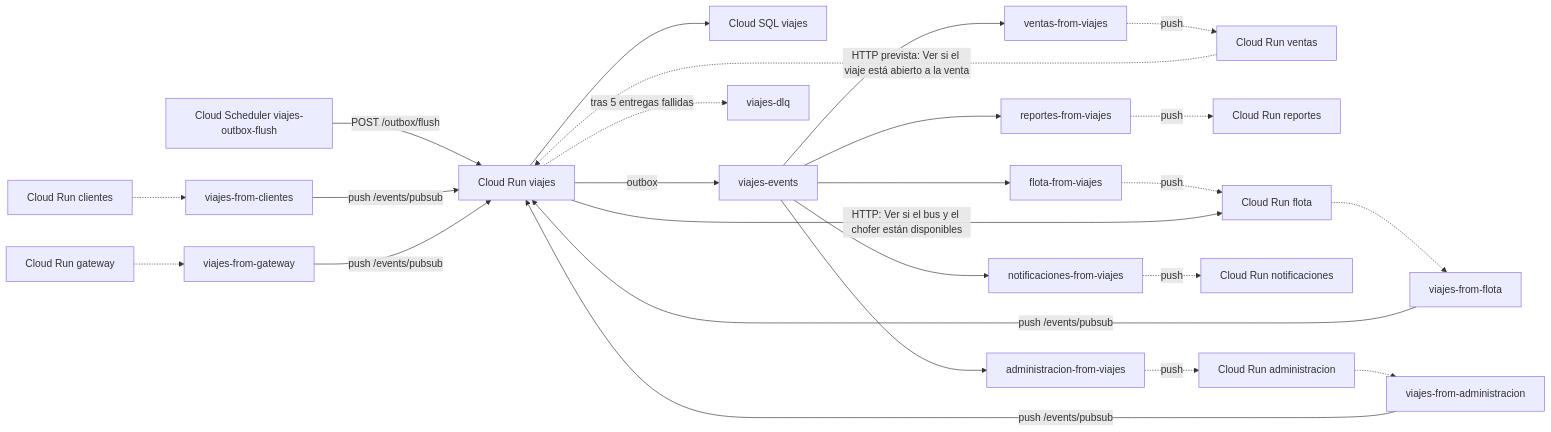
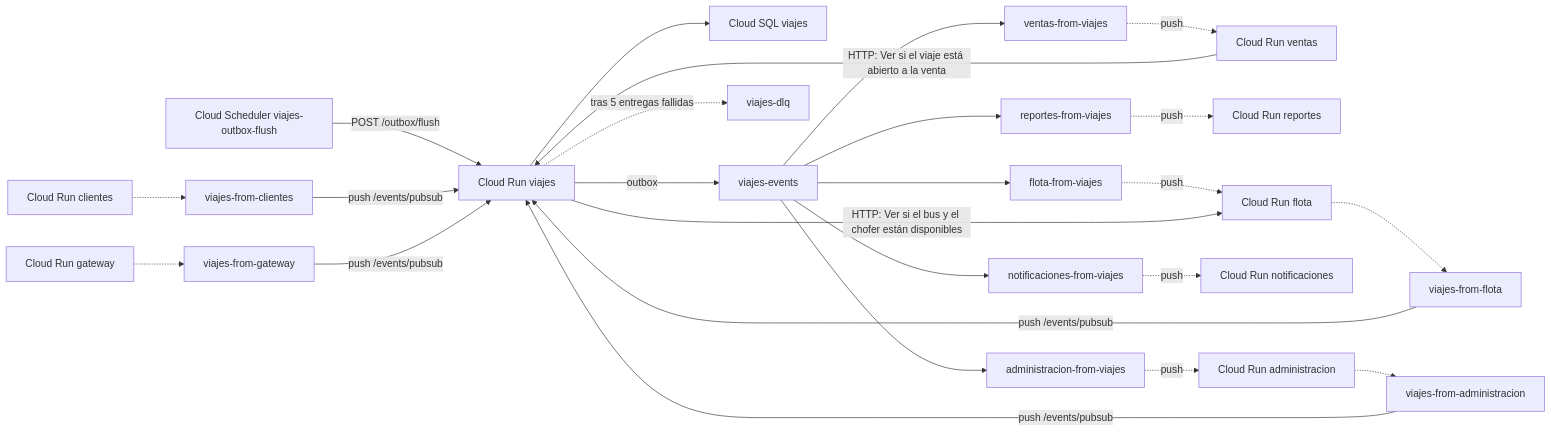
Before and after one commit to JeffMenca/debus: the third of 3 diagrams in docs/viajes/README.md, drawn with Mermaid. The commit also changed other lines of this file and 7 other files, not shown here.

````diff
--- a/docs/viajes/README.md
+++ b/docs/viajes/README.md
@@ -177,27 +177,27 @@
 ```mermaid
 flowchart LR
   n_viajes["Cloud Run viajes"] --> n_db_viajes["Cloud SQL viajes"]
   n_job_viajes["Cloud Scheduler viajes-outbox-flush"] -->|POST /outbox/flush| n_viajes
   n_viajes -->|outbox| n_topic_viajes["viajes-events"]
   n_topic_viajes --> n_ventas_from_viajes["ventas-from-viajes"]
   n_ventas_from_viajes -.->|push| n_ventas["Cloud Run ventas"]
   n_topic_viajes --> n_reportes_from_viajes["reportes-from-viajes"]
   n_reportes_from_viajes -.->|push| n_reportes["Cloud Run reportes"]
   n_topic_viajes --> n_flota_from_viajes["flota-from-viajes"]
   n_flota_from_viajes -.->|push| n_flota["Cloud Run flota"]
   n_topic_viajes --> n_notificaciones_from_viajes["notificaciones-from-viajes"]
   n_notificaciones_from_viajes -.->|push| n_notificaciones["Cloud Run notificaciones"]
   n_topic_viajes --> n_administracion_from_viajes["administracion-from-viajes"]
   n_administracion_from_viajes -.->|push| n_administracion["Cloud Run administracion"]
   n_administracion -.-> n_viajes_from_administracion["viajes-from-administracion"]
   n_viajes_from_administracion -->|push /events/pubsub| n_viajes
   n_flota -.-> n_viajes_from_flota["viajes-from-flota"]
   n_viajes_from_flota -->|push /events/pubsub| n_viajes
   n_clientes["Cloud Run clientes"] -.-> n_viajes_from_clientes["viajes-from-clientes"]
   n_viajes_from_clientes -->|push /events/pubsub| n_viajes
   n_gateway["Cloud Run gateway"] -.-> n_viajes_from_gateway["viajes-from-gateway"]
   n_viajes_from_gateway -->|push /events/pubsub| n_viajes
   n_viajes -.->|tras 5 entregas fallidas| n_dlq_viajes["viajes-dlq"]
-  n_ventas -.->|"HTTP prevista: Ver si el viaje está abierto a la venta"| n_viajes
+  n_ventas -->|"HTTP: Ver si el viaje está abierto a la venta"| n_viajes
   n_viajes -->|"HTTP: Ver si el bus y el chofer están disponibles"| n_flota
 ```
````
